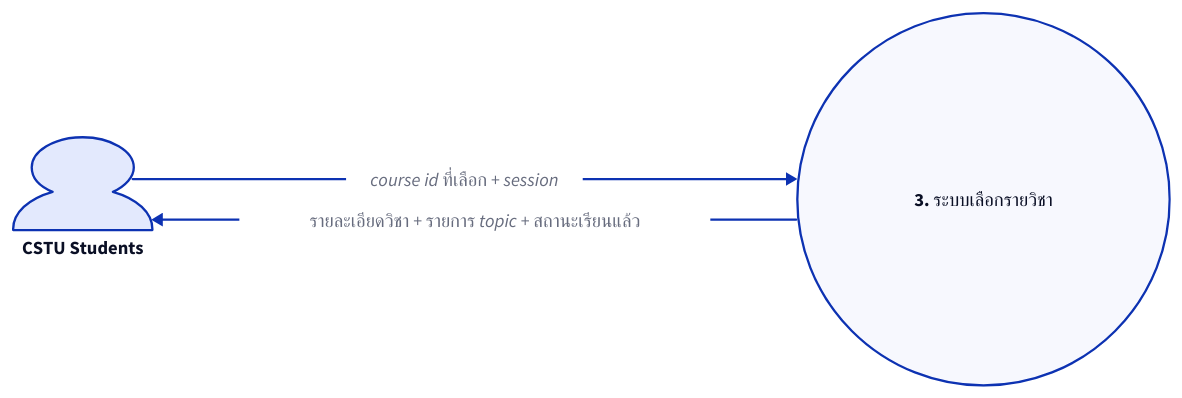
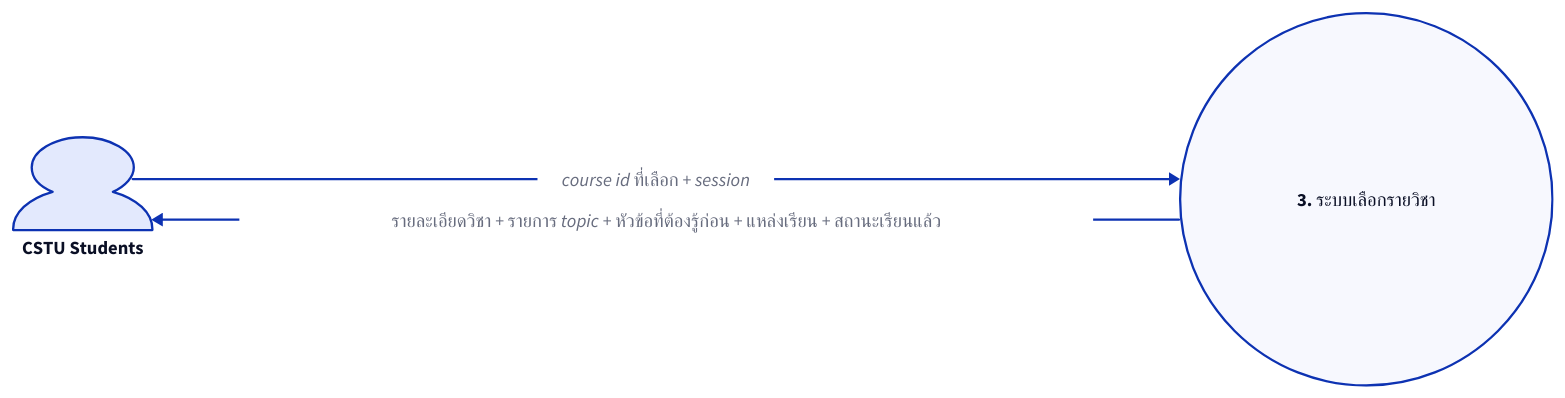
The diagram in docs/Diagrams/Context/US3context.d2 (Saranwich/CS261), drawn with D2 before and after one commit. The commit also changed 31 other files, not shown here.

Commit message:
Update US3 and overview diagrams for topic relations and resources (#54)

```diff
--- a/docs/Diagrams/Context/US3context.d2
+++ b/docs/Diagrams/Context/US3context.d2
@@ -1,16 +1,16 @@
 vars: {
     d2-config: {
         layout-engine: elk
     }
 }
 
 direction: right
 
 cstu_student: CSTU Students
 cstu_student.shape: person
 
 system: 3. ระบบเลือกรายวิชา
 system.shape: circle
 
 cstu_student -> system: course id ที่เลือก + session
-system -> cstu_student: รายละเอียดวิชา + รายการ topic + สถานะเรียนแล้ว
+system -> cstu_student: รายละเอียดวิชา + รายการ topic + หัวข้อที่ต้องรู้ก่อน + แหล่งเรียน + สถานะเรียนแล้ว
```
